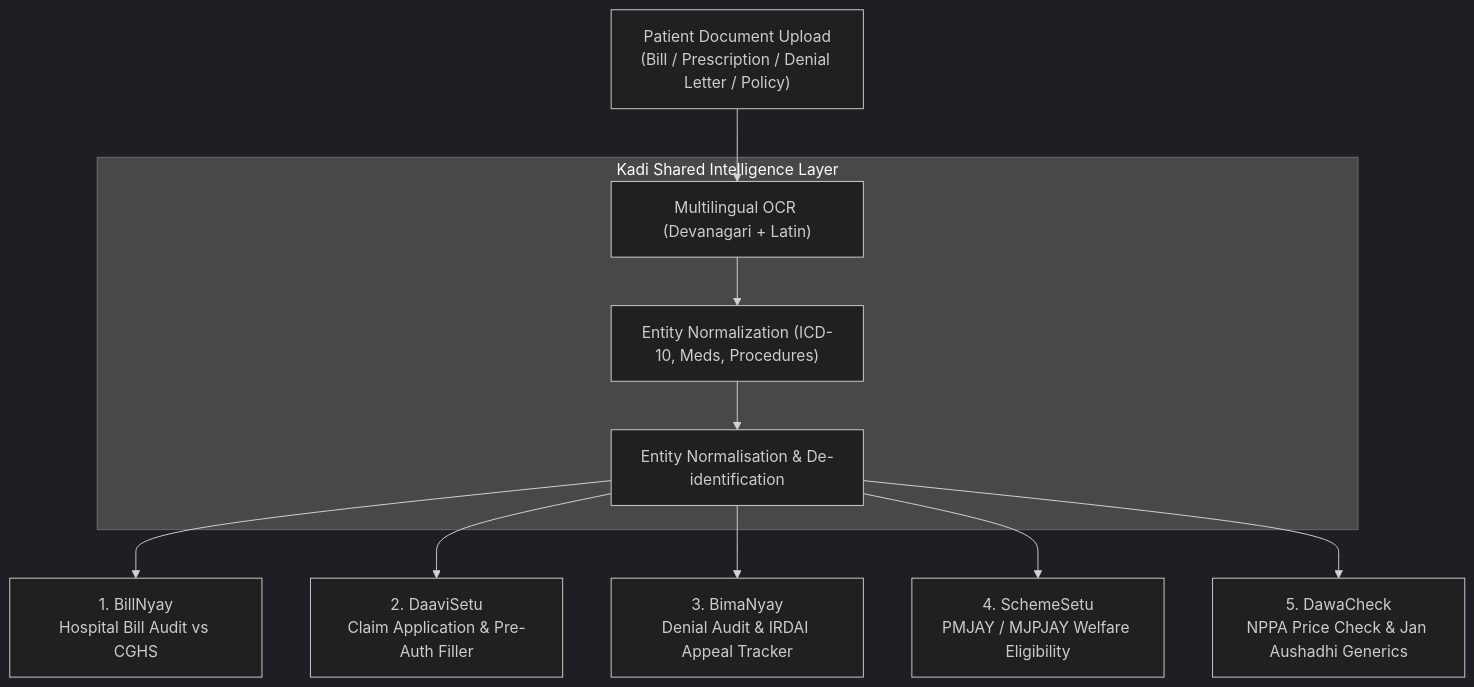
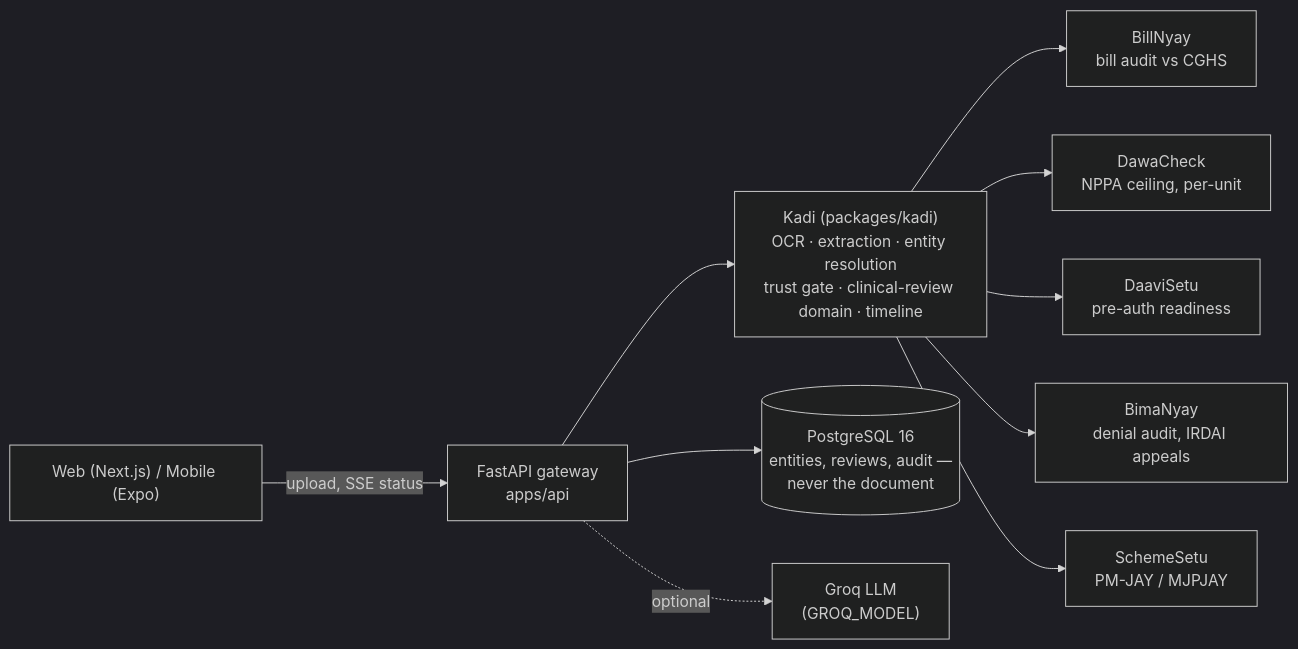
Before and after one commit to Viraj281105/Arogyarakshak: the diagram in README.md, drawn with Mermaid (dark theme). The commit also changed other lines of this file and 14 other files, not shown here.

````diff
--- a/README.md
+++ b/README.md
@@ -56,18 +49,12 @@
 ```mermaid
-flowchart TD
-    Doc["Patient Document Upload<br/>(Bill / Prescription / Denial Letter / Policy)"]
-    
-    subgraph KadiLayer ["Kadi Shared Intelligence Layer"]
-        OCR["Multilingual OCR (Devanagari + Latin)"]
-        Extract["Entity Normalization (ICD-10, Meds, Procedures)"]
-        Resolve["Entity Normalisation & De-identification"]
-    end
-
-    Doc --> OCR --> Extract --> Resolve
-
-    Resolve --> BN["1. BillNyay<br/>Hospital Bill Audit vs CGHS"]
-    Resolve --> DS["2. DaaviSetu<br/>Claim Application & Pre-Auth Filler"]
-    Resolve --> BMN["3. BimaNyay<br/>Denial Audit & IRDAI Appeal Tracker"]
-    Resolve --> SS["4. SchemeSetu<br/>PMJAY / MJPJAY Welfare Eligibility"]
-    Resolve --> DC["5. DawaCheck<br/>NPPA Price Check & Jan Aushadhi Generics"]
+flowchart LR
+    U["Web (Next.js) / Mobile (Expo)"] -->|upload, SSE status| API["FastAPI gateway<br/>apps/api"]
+    API --> K["Kadi (packages/kadi)<br/>OCR · extraction · entity resolution<br/>trust gate · clinical-review domain · timeline"]
+    K --> BN["BillNyay<br/>bill audit vs CGHS"]
+    K --> DC["DawaCheck<br/>NPPA ceiling, per-unit"]
+    K --> DS["DaaviSetu<br/>pre-auth readiness"]
+    K --> BM["BimaNyay<br/>denial audit, IRDAI appeals"]
+    K --> SS["SchemeSetu<br/>PM-JAY / MJPJAY"]
+    API --> DB[("PostgreSQL 16<br/>entities, reviews, audit —<br/>never the document")]
+    API -. optional .-> G["Groq LLM<br/>(GROQ_MODEL)"]
 ```
````
